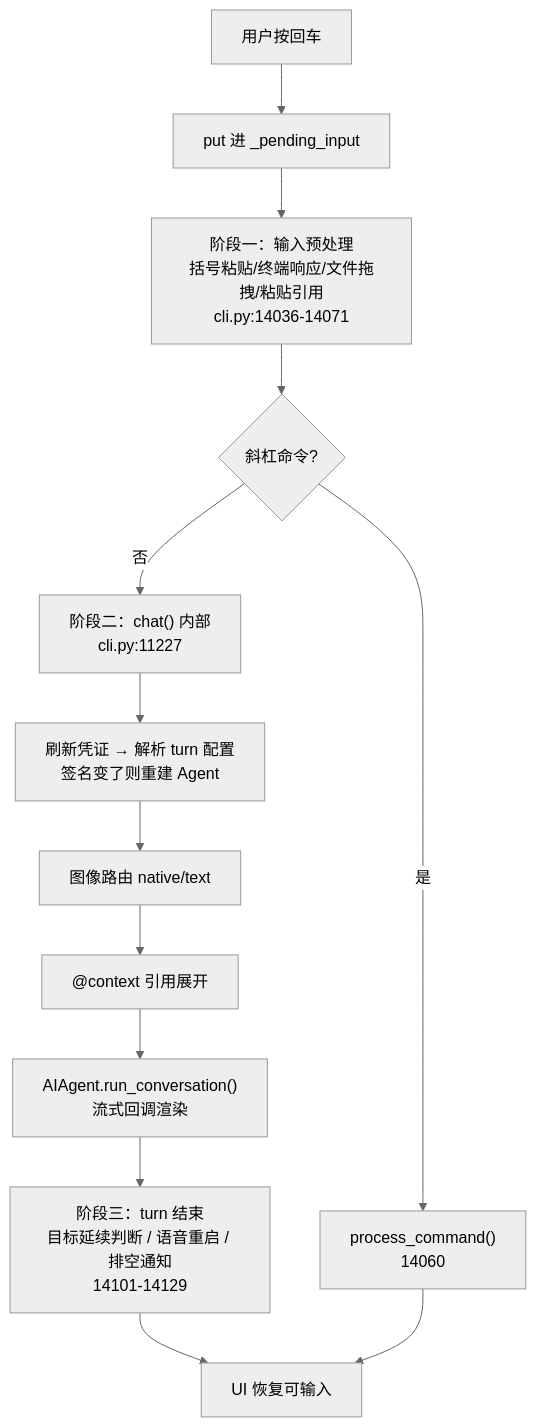
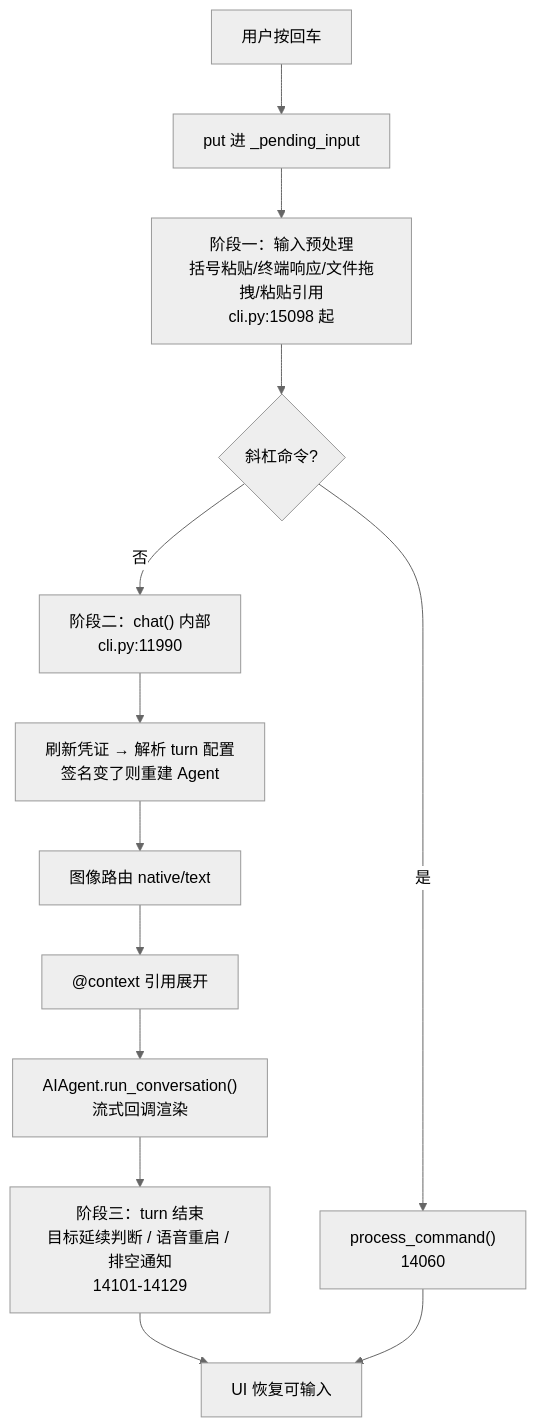
One commit to fang-lin/hermes-agent-code-analysis changed the third of 5 diagrams in docs/zh/10-交互界面与运行模式.md. Above: the diagram before and after it, drawn with Mermaid (neutral theme). The commit also changed other lines of this file, not shown here.

Commit message:
10 章更新至 v0.18.2：cli.py 锚点全面重测；web_server 桌面后端成节；tui_gateway 11 文件；STT 六级回退链

````diff
--- a/docs/zh/10-交互界面与运行模式.md
+++ b/docs/zh/10-交互界面与运行模式.md
@@ -271,15 +271,15 @@
 ```mermaid
 flowchart TD
     K["用户按回车"] --> Q["put 进 _pending_input"]
-    Q --> P1["阶段一：输入预处理<br/>括号粘贴/终端响应/文件拖拽/粘贴引用<br/>cli.py:14036-14071"]
+    Q --> P1["阶段一：输入预处理<br/>括号粘贴/终端响应/文件拖拽/粘贴引用<br/>cli.py:15098 起"]
     P1 --> SL{"斜杠命令?"}
     SL -->|是| CMD["process_command()<br/>14060"]
-    SL -->|否| C1["阶段二：chat() 内部<br/>cli.py:11227"]
+    SL -->|否| C1["阶段二：chat() 内部<br/>cli.py:11990"]
     C1 --> C2["刷新凭证 → 解析 turn 配置<br/>签名变了则重建 Agent"]
     C2 --> C3["图像路由 native/text"]
     C3 --> C4["@context 引用展开"]
     C4 --> RUN["AIAgent.run_conversation()<br/>流式回调渲染"]
     RUN --> F1["阶段三：turn 结束<br/>目标延续判断 / 语音重启 / 排空通知<br/>14101-14129"]
     F1 --> UI["UI 恢复可输入"]
     CMD --> UI
 ```
````
